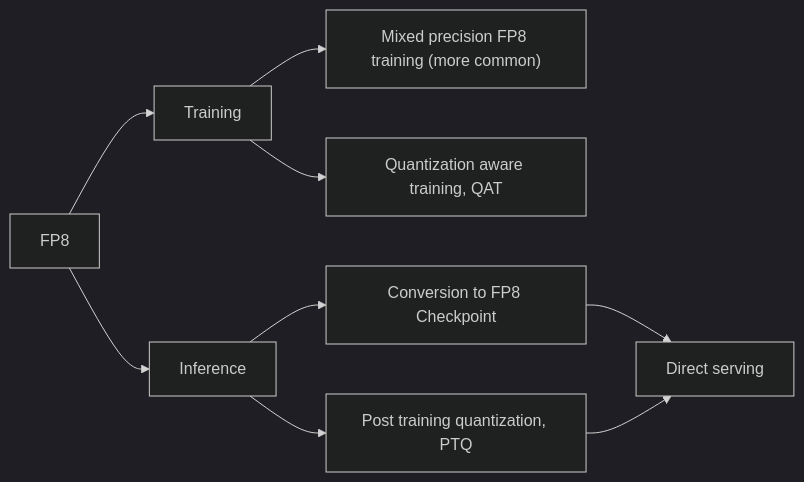
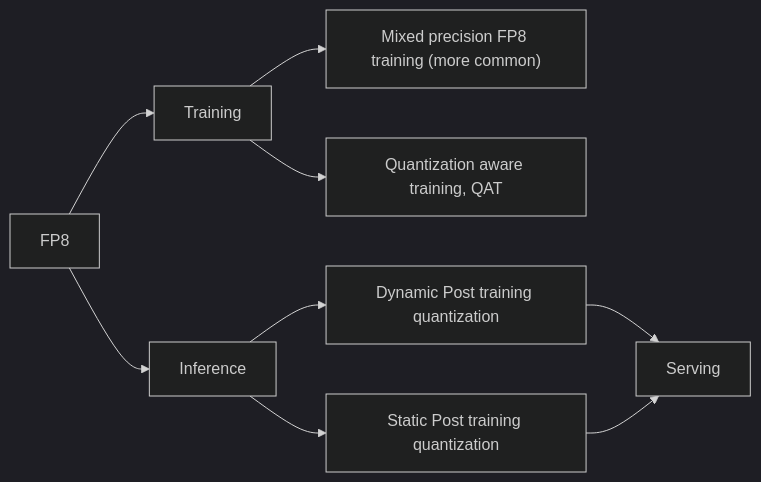
One commit to romitjain/romitjain.github.io changed the first of 2 diagrams in _posts/2025-10-01-Fp8forllms.md. Above: the diagram before and after it, drawn with Mermaid (dark theme). The commit also changed other lines of this file, not shown here.

````diff
--- a/_posts/2025-10-01-Fp8forllms.md
+++ b/_posts/2025-10-01-Fp8forllms.md
@@ -24,12 +24,12 @@
 ```mermaid
 graph LR
 
 A[FP8] --> B[Training]
 A --> C[Inference]
 B --> H["Mixed precision FP8 training (more common)"]
 B --> E[Quantization aware training, QAT]
-C --> D[Post training quantization, PTQ]
-C --> G[Conversion to FP8 Checkpoint]
-G --> F[Direct serving]
+C --> D[Static Post training quantization]
+C --> G[Dynamic Post training quantization]
+G --> F[Serving]
 D --> F
 ```
````
